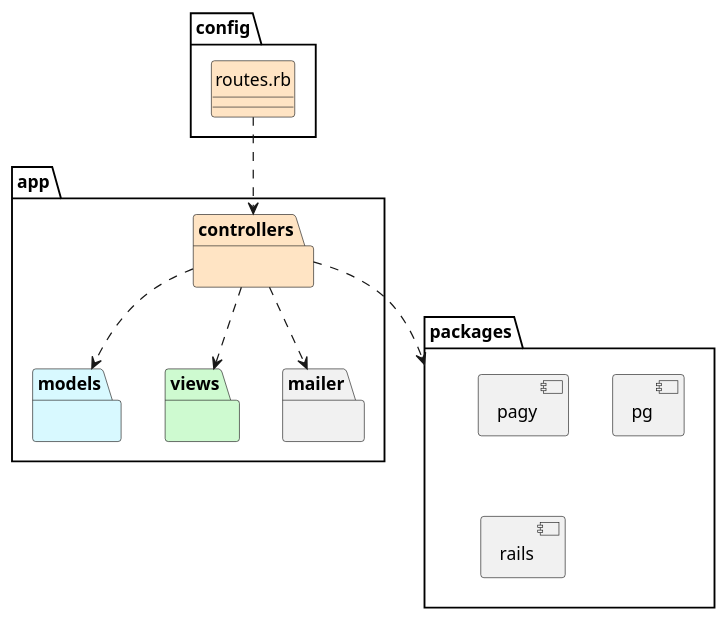
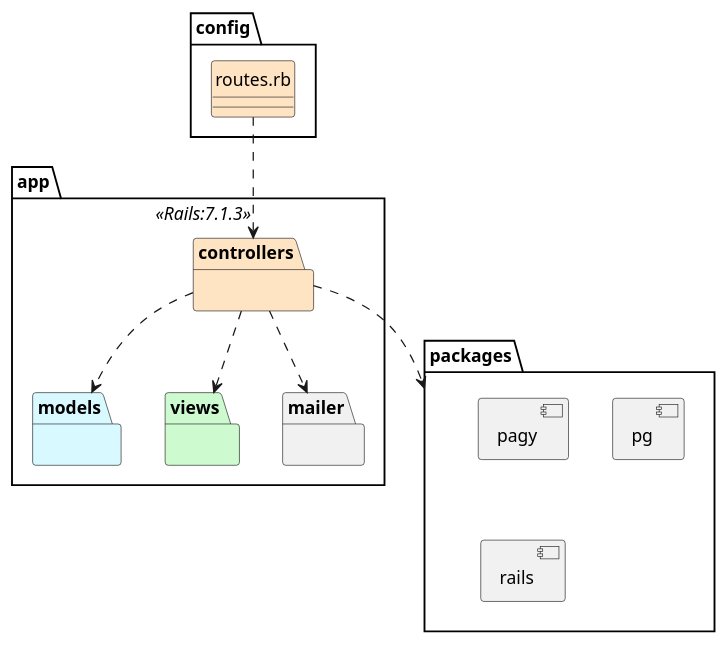
The diagram in logicalView/designView/ruby/packageDesign/designPackageDiagram.plantuml (mpaulaherrero/tesis-frameworks-backend-diagrams), drawn with PlantUML before and after one commit. The commit also changed 25 other files, not shown here.

Commit message:
todos los diagramas

```diff
--- a/logicalView/designView/ruby/packageDesign/designPackageDiagram.plantuml
+++ b/logicalView/designView/ruby/packageDesign/designPackageDiagram.plantuml
@@ -1,77 +1,77 @@
-@startuml paquete de diseño laravel
+@startuml
 skinparam style strictuml
 allow_mixing
 
 package config {
     class "routes.rb" as webPHP #bisque {}
 }
 
-package app {
+package app <<Rails:7.1.3>>{
     package controllers #bisque {}
     package models #d8f9ff {}
     package views #cefad0 {}
     package mailer {}
 }
 
 package packages{
     component pagy
     component pg
     component rails
 }
 
 webPHP .d.> controllers
 controllers .d-> views
 controllers .d-> models
 controllers .d-> packages
 controllers .d-> mailer
 ' serverJS .d.> appJS
 
 ' appJS .d.> router
 ' appJS .[hidden].> db
 ' appJS ..> morgan
 ' appJS ..> cookieParser
 ' appJS ..> express
 ' appJS ..> dotenv
 ' appJS ..> pug
 ' appJS .[hidden]left.> public.view
 
 ' router .left.> public.view
 ' router ..> express
 ' router ..> middleware
 ' router ..> controllers
 ' router ..> models
 
 ' middleware ..> multer
 ' middleware ..> path
 ' middleware ..> jsonwebtoken
 ' middleware .left.> public.view
 
 ' controllers ..> services
 
 ' services ..> models
 ' services ..> nodemailer
 ' services ..> jsonwebtoken
 ' services ..> bcrypt
 ' services ..> view
 
 ' models ..> db
 ' db .right.> pg
 
 ' view .[hidden]down.> css
 ' css .[hidden]left.> img
 ' img .[hidden]left.> js
 
 ' express .[hidden]left.> morgan
 ' morgan .[hidden]left.> cookieParser
 ' cookieParser .[hidden]left.> dotenv
 ' dotenv .[hidden]left.> pug
 
 ' express .[hidden]down.> path
 ' multer .[hidden]left.> path
 
 ' multer .[hidden]down.> bcrypt
 ' bcrypt .[hidden]left.> nodemailer
 ' nodemailer .[hidden]left.> jsonwebtoken
 
 ' nodemailer .[hidden]down.> pg
 @enduml
```
